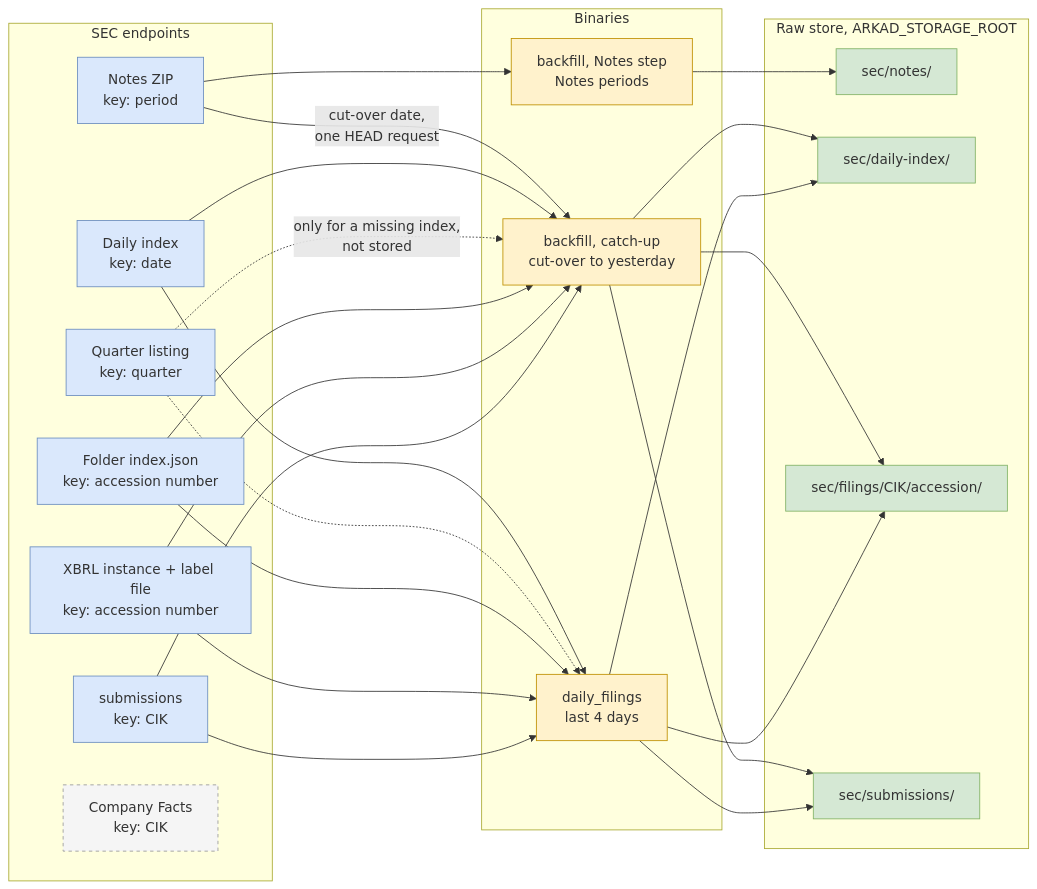
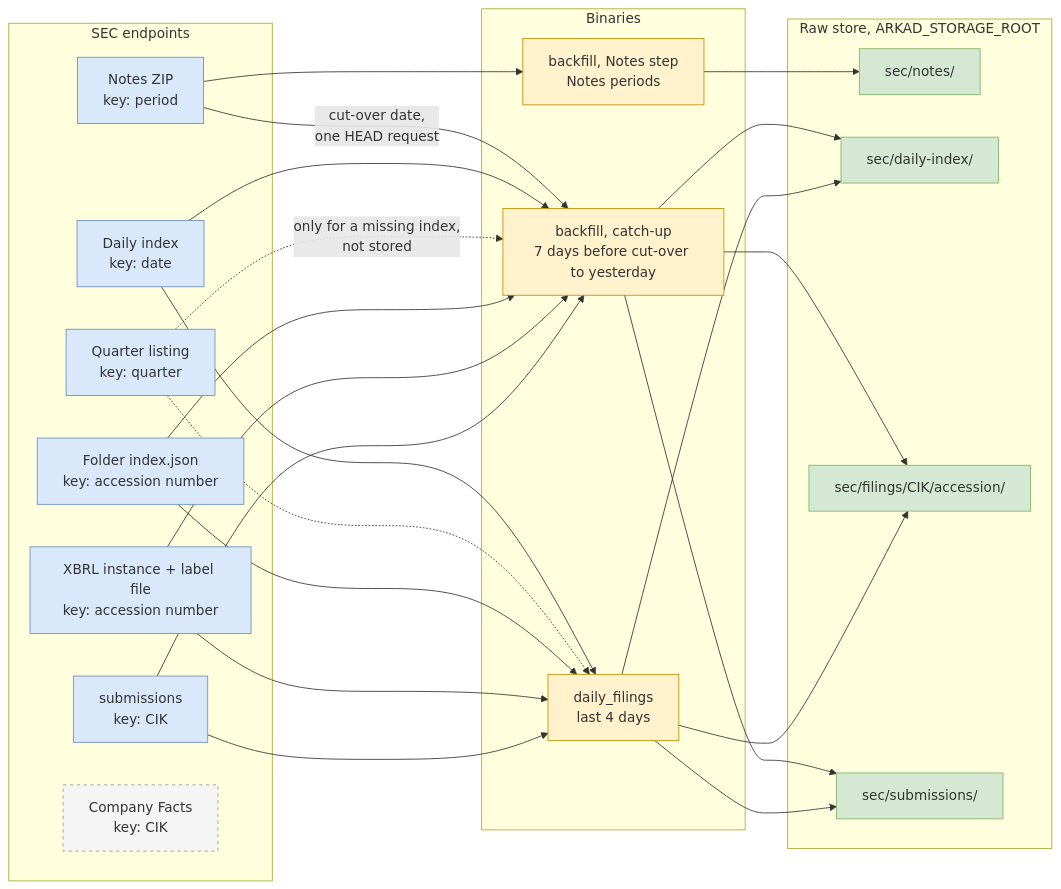
One commit to ironcapitaleu/arkad changed the first of 4 diagrams in sec/design/pipeline/extraction_overview.md. Above: the diagram before and after it, drawn with Mermaid. The commit also changed other lines of this file and 15 other files, not shown here.

First line of the commit message:
feat(sec): read the full index in the catch-up of backfill (#531)

````diff
--- a/sec/design/pipeline/extraction_overview.md
+++ b/sec/design/pipeline/extraction_overview.md
@@ -23,49 +23,49 @@
 ```mermaid
 flowchart LR
     classDef sec fill:#dae8fc,stroke:#6c8ebf
     classDef bin fill:#fff2cc,stroke:#bf9000
     classDef store fill:#d5e8d4,stroke:#82b366
     classDef unused fill:#f5f5f5,stroke:#999999,stroke-dasharray: 4 4
 
     subgraph SEC["SEC endpoints"]
         NZ["Notes ZIP<br/>key: period"]:::sec
         DI["Daily index<br/>key: date"]:::sec
         QL["Quarter listing<br/>key: quarter"]:::sec
         FI["Folder index.json<br/>key: accession number"]:::sec
         XI["XBRL instance + label file<br/>key: accession number"]:::sec
         SU["submissions<br/>key: CIK"]:::sec
         CF["Company Facts<br/>key: CIK"]:::unused
     end
 
     subgraph RUN["Binaries"]
         BF1["backfill, Notes step<br/>Notes periods"]:::bin
-        BF2["backfill, catch-up<br/>cut-over to yesterday"]:::bin
+        BF2["backfill, catch-up<br/>7 days before cut-over to yesterday"]:::bin
         DF["daily_filings<br/>last 4 days"]:::bin
     end
 
     subgraph RAW["Raw store, ARKAD_STORAGE_ROOT"]
         RN["sec/notes/"]:::store
         RD["sec/daily-index/"]:::store
         RF["sec/filings/CIK/accession/"]:::store
         RS["sec/submissions/"]:::store
     end
 
     NZ --> BF1 --> RN
     NZ -- "cut-over date,<br/>one HEAD request" --> BF2
     DI --> BF2
     DI --> DF
     QL -. "only for a missing index,<br/>not stored" .-> BF2
     QL -.-> DF
     FI --> BF2
     FI --> DF
     XI --> BF2
     XI --> DF
     SU --> BF2
     SU --> DF
     BF2 --> RD
     BF2 --> RF
     BF2 --> RS
     DF --> RD
     DF --> RF
     DF --> RS
 ```
````
